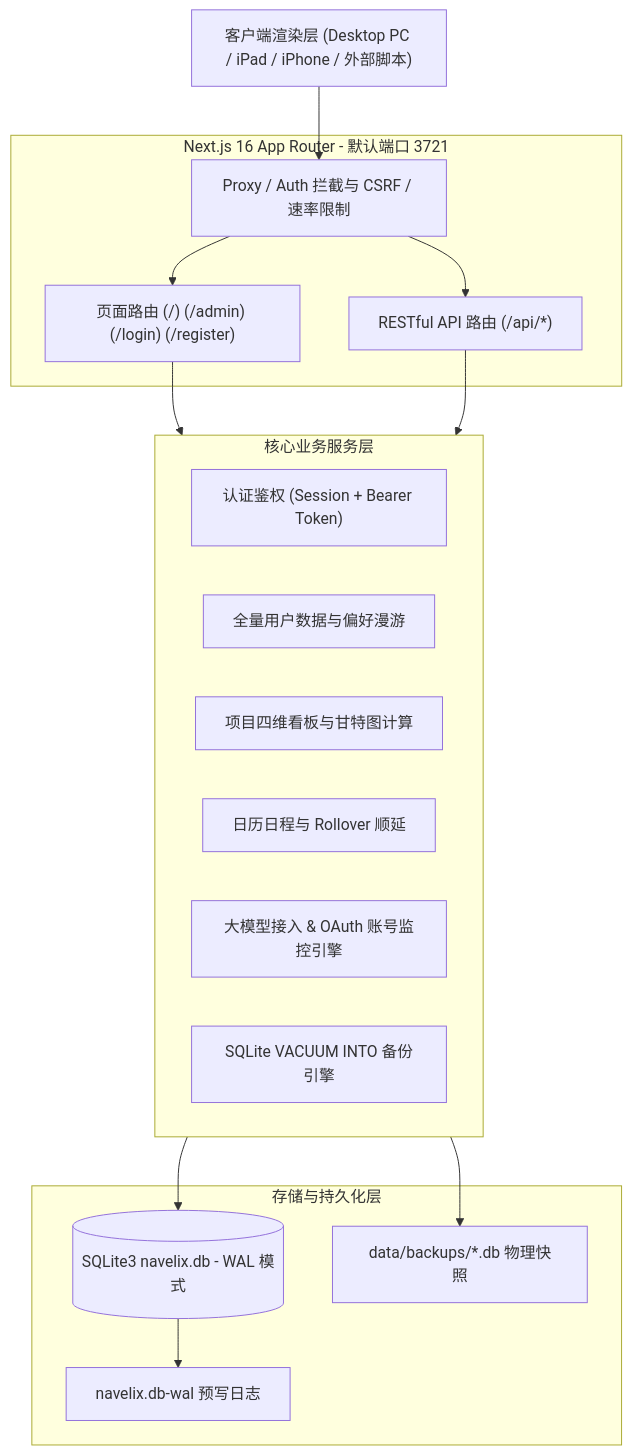
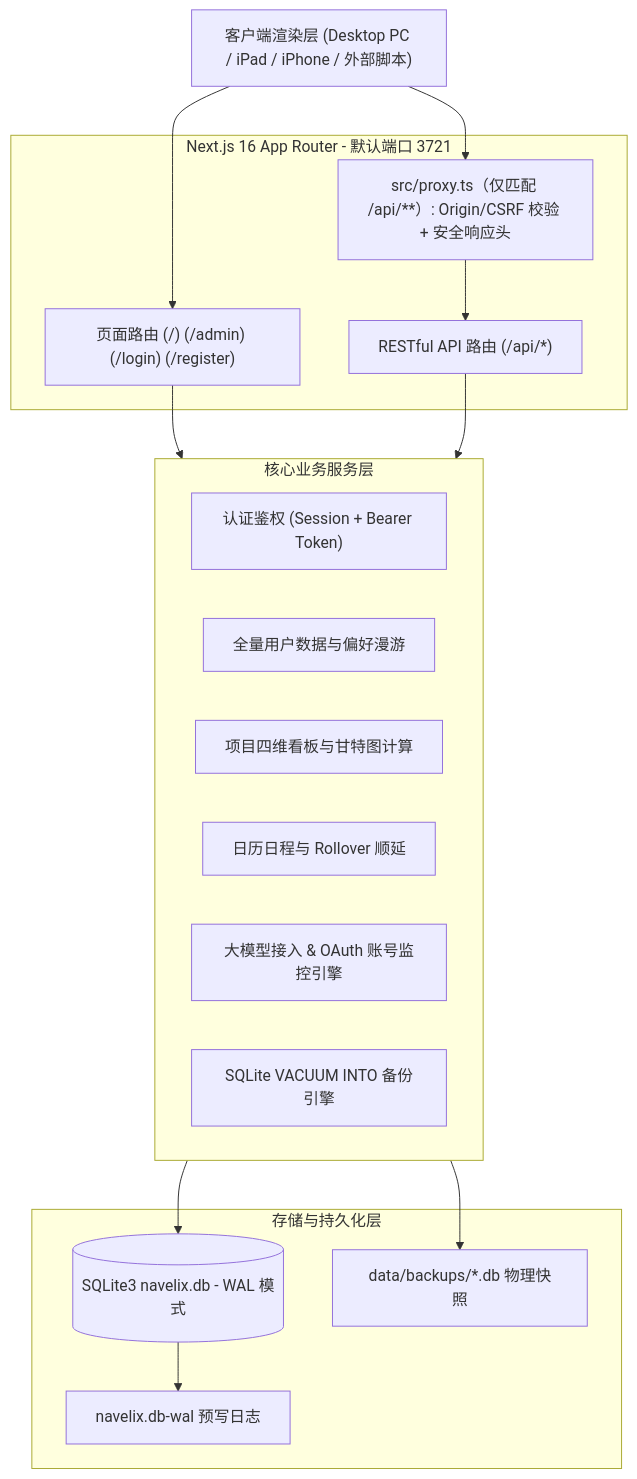
One commit to timorpic/Navelix changed the diagram in wiki/Architecture-系统架构与技术选型.md. Above: the diagram before and after it, drawn with Mermaid. The commit also changed other lines of this file and 1 other file, not shown here.

````diff
--- a/wiki/Architecture-系统架构与技术选型.md
+++ b/wiki/Architecture-系统架构与技术选型.md
@@ -22,34 +23,34 @@
 ```mermaid
 graph TD
     Client["客户端渲染层 (Desktop PC / iPad / iPhone / 外部脚本)"]
     
     subgraph AppRouter["Next.js 16 App Router - 默认端口 3721"]
         Page["页面路由 (/) (/admin) (/login) (/register)"]
         APIRoute["RESTful API 路由 (/api/*)"]
-        Middleware["Proxy / Auth 拦截与 CSRF / 速率限制"]
+        Proxy["src/proxy.ts（仅匹配 /api/**）: Origin/CSRF 校验 + 安全响应头"]
     end
 
     subgraph CoreService["核心业务服务层"]
         AuthModule["认证鉴权 (Session + Bearer Token)"]
         UserDataModule["全量用户数据与偏好漫游"]
         ProjectModule["项目四维看板与甘特图计算"]
         TodoModule["日历日程与 Rollover 顺延"]
         AIModule["大模型接入 & OAuth 账号监控引擎"]
         BackupModule["SQLite VACUUM INTO 备份引擎"]
     end
 
     subgraph Storage["存储与持久化层"]
         SQLite[("SQLite3 navelix.db - WAL 模式")]
         WALLog["navelix.db-wal 预写日志"]
         BackupFiles["data/backups/*.db 物理快照"]
     end
 
-    Client --> Middleware
-    Middleware --> Page
-    Middleware --> APIRoute
+    Client --> Page
+    Client --> Proxy
+    Proxy --> APIRoute
     Page --> CoreService
     APIRoute --> CoreService
     CoreService --> SQLite
     SQLite --> WALLog
     CoreService --> BackupFiles
 ```
````
